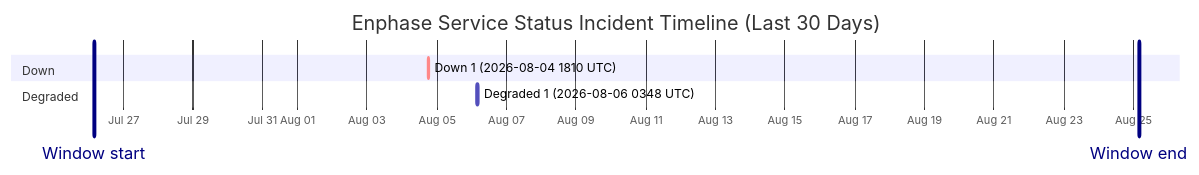
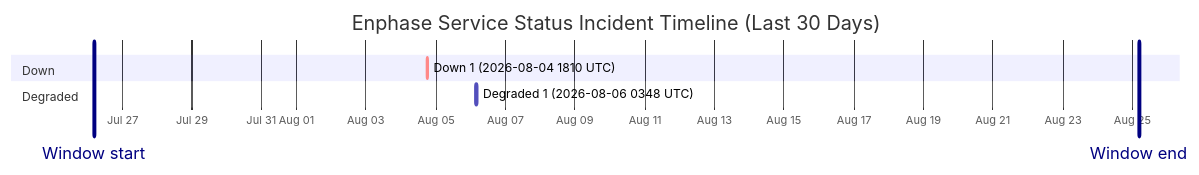
One commit to barneyonline/ha-enphase-energy changed the diagram in wiki/Service-Status-History.md. Above: the diagram before and after it, drawn with Mermaid. The commit also changed other lines of this file and 3 other files, not shown here.

````diff
--- a/wiki/Service-Status-History.md
+++ b/wiki/Service-Status-History.md
@@ -14,12 +14,12 @@
 ```mermaid
 gantt
     title Enphase Service Status Incident Timeline (Last 30 Days)
     dateFormat  YYYY-MM-DDTHH:mm:ss
     axisFormat  %b %d
-    Window start :vert, window-start, 2026-07-26T03:46:24, 0ms
-    Window end :vert, window-end, 2026-08-25T03:46:24, 0ms
+    Window start :vert, window-start, 2026-07-26T04:36:34, 0ms
+    Window end :vert, window-end, 2026-08-25T04:36:34, 0ms
     section Down
     Down 1 (2026-08-04 1810 UTC) :crit, down-1, 2026-08-04T18:10:46, 60m
     section Degraded
     Degraded 1 (2026-08-06 0348 UTC) :active, degraded-1, 2026-08-06T03:48:14, 60m
 ```
````
